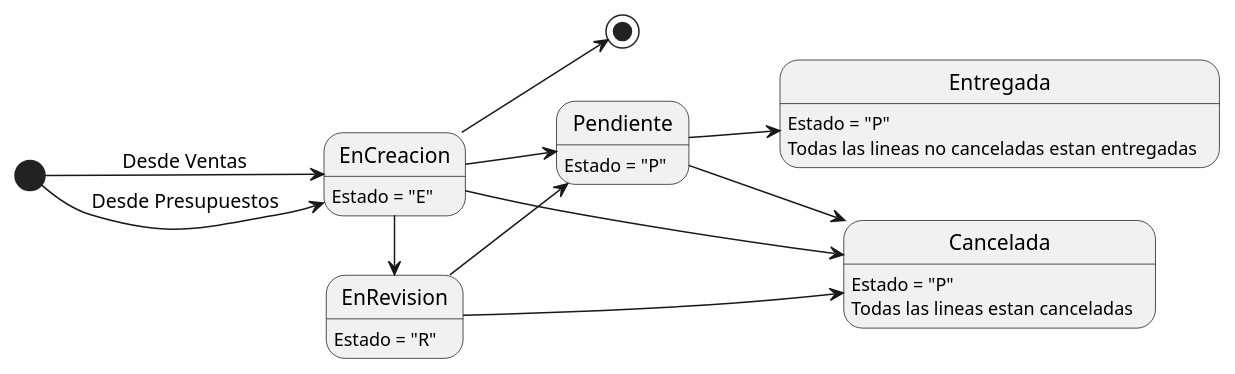
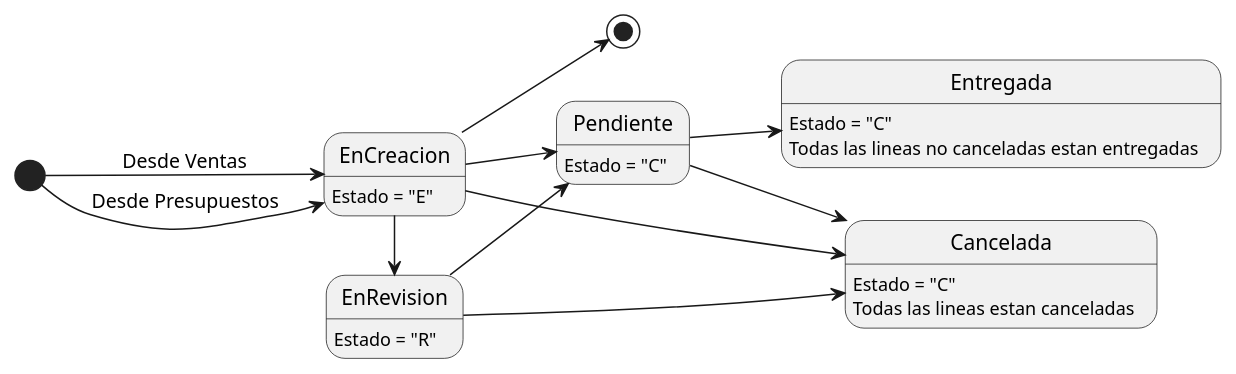
Before and after one commit to ZMGestion/DocumentacionZMGestion: the fifth of 6 diagrams in DiagramasEstado/DiagramaDeEstado.puml, drawn with PlantUML. The commit also changed 16 other files, not shown here.

```diff
--- a/DiagramasEstado/DiagramaDeEstado.puml
+++ b/DiagramasEstado/DiagramaDeEstado.puml
@@ -85,23 +85,23 @@
 @startuml ventas
 left to right direction
 
 EnCreacion: Estado = "E"
 EnRevision: Estado = "R"
-Cancelada: Estado = "P"
+Cancelada: Estado = "C"
 Cancelada: Todas las lineas estan canceladas
-Pendiente: Estado = "P"
-Entregada: Estado = "P"
+Pendiente: Estado = "C"
+Entregada: Estado = "C"
 Entregada: Todas las lineas no canceladas estan entregadas
 
 [*] --> EnCreacion: Desde Ventas
 [*] --> EnCreacion: Desde Presupuestos
 EnCreacion --> [*]
 EnCreacion -> EnRevision
 EnCreacion --> Pendiente
 EnCreacion --> Cancelada
 EnRevision --> Cancelada
 EnRevision --> Pendiente
 Pendiente --> Cancelada
 Pendiente --> Entregada
 
 @enduml
```
